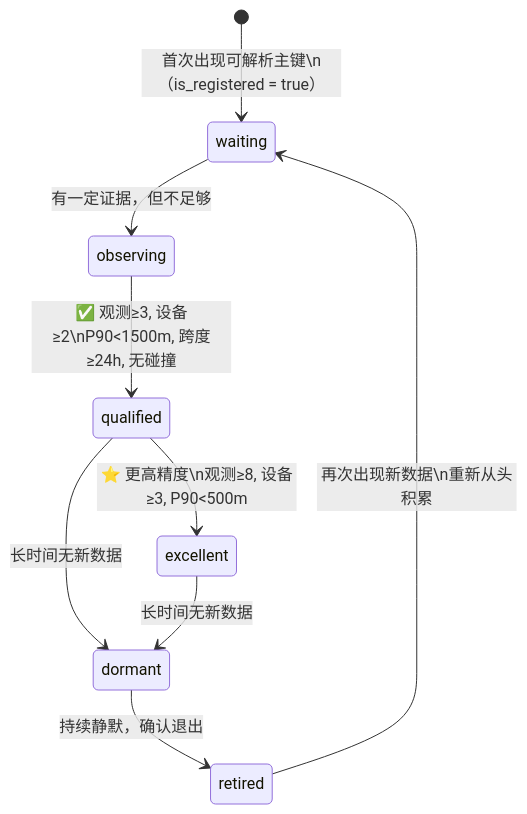
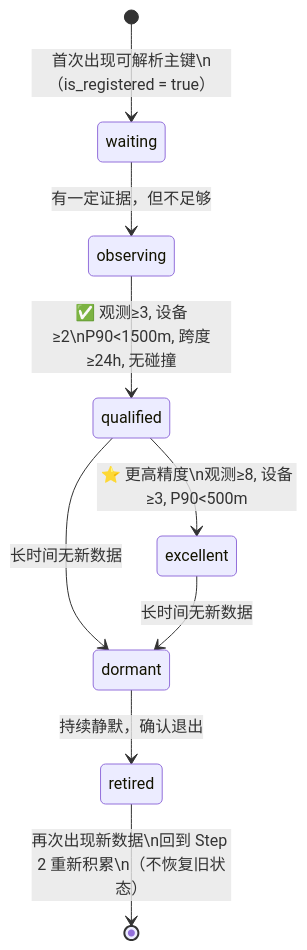
The third of 6 diagrams in rebuild5/docs/human_guide/00_系统全貌.md (laoyang75/OptiNet), drawn with Mermaid before and after one commit. The commit also changed 169 other files, not shown here.

````diff
--- a/rebuild5/docs/human_guide/00_系统全貌.md
+++ b/rebuild5/docs/human_guide/00_系统全貌.md
@@ -77,16 +77,16 @@
 ```mermaid
 stateDiagram-v2
     [*] --> waiting: 首次出现可解析主键\n（is_registered = true）
 
     waiting --> observing: 有一定证据，但不足够
     observing --> qualified: ✅ 观测≥3, 设备≥2\nP90<1500m, 跨度≥24h, 无碰撞
 
     qualified --> excellent: ⭐ 更高精度\n观测≥8, 设备≥3, P90<500m
 
     qualified --> dormant: 长时间无新数据
     excellent --> dormant: 长时间无新数据
 
     dormant --> retired: 持续静默，确认退出
 
-    retired --> waiting: 再次出现新数据\n重新从头积累
+    retired --> [*]: 再次出现新数据\n回到 Step 2 重新积累\n（不恢复旧状态）
 ```
````
